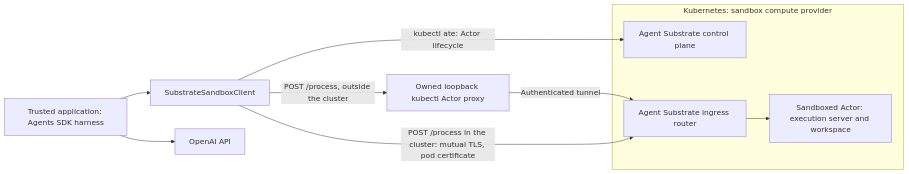
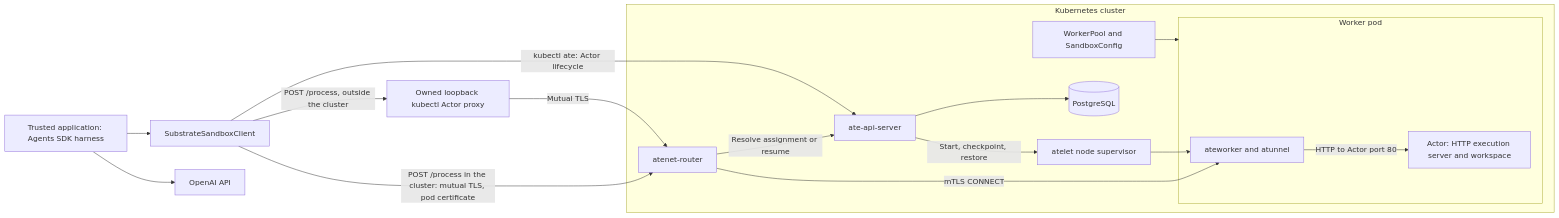
One commit to SatyKrish/openai-agent-substrate changed the diagram in docs/architecture.md. Above: the diagram before and after it, drawn with Mermaid. The commit also changed other lines of this file and 16 other files, not shown here.

Commit message:
Align with Agent Substrate v1.0.0 (#5)

````diff
--- a/docs/architecture.md
+++ b/docs/architecture.md
@@ -11,15 +25,27 @@
 ```mermaid
 flowchart LR
     Harness["Trusted application: Agents SDK harness"] --> Adapter[SubstrateSandboxClient]
-    subgraph Kubernetes["Kubernetes: sandbox compute provider"]
-        Control["Agent Substrate control plane"]
-        Router["Agent Substrate ingress router"]
-        Actor["Sandboxed Actor: execution server and workspace"]
-        Router --> Actor
+    subgraph Kubernetes["Kubernetes cluster"]
+        Pool["WorkerPool and SandboxConfig"]
+        Control["ate-api-server"]
+        Postgres[(PostgreSQL)]
+        Router["atenet-router"]
+        Atelet["atelet node supervisor"]
+        subgraph Worker["Worker pod"]
+            Tunnel["ateworker and atunnel"]
+            Actor["Actor: HTTP execution server and workspace"]
+        end
+        Pool --> Worker
+        Control --> Postgres
+        Router -->|"Resolve assignment or resume"| Control
+        Control -->|"Start, checkpoint, restore"| Atelet
+        Atelet --> Tunnel
+        Router -->|"mTLS CONNECT"| Tunnel
+        Tunnel -->|"HTTP to Actor port 80"| Actor
     end
     Adapter -->|"kubectl ate: Actor lifecycle"| Control
     Adapter -->|"POST /process, outside the cluster"| Proxy["Owned loopback kubectl Actor proxy"]
-    Proxy -->|"Authenticated tunnel"| Router
+    Proxy -->|"Mutual TLS"| Router
     Adapter -->|"POST /process in the cluster: mutual TLS, pod certificate"| Router
     Harness --> API[OpenAI API]
 ```
````
